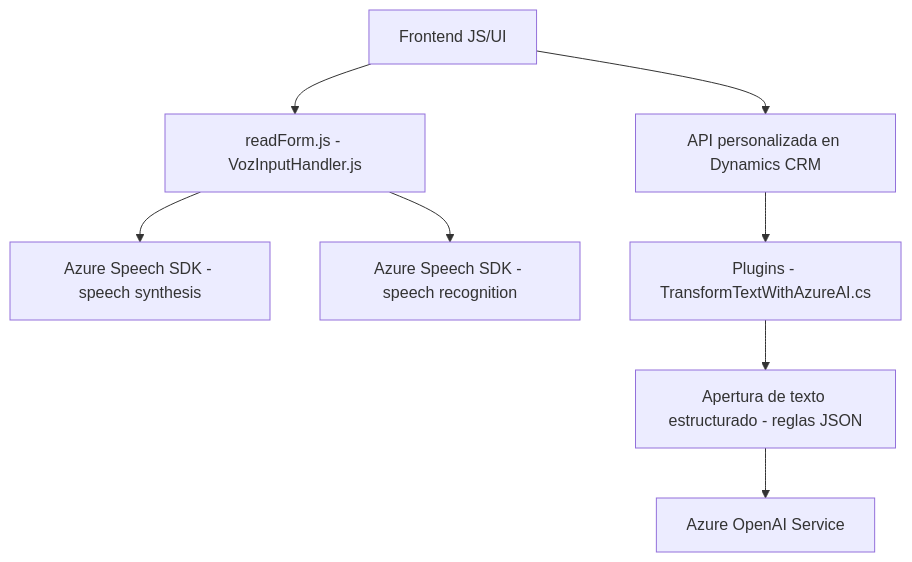
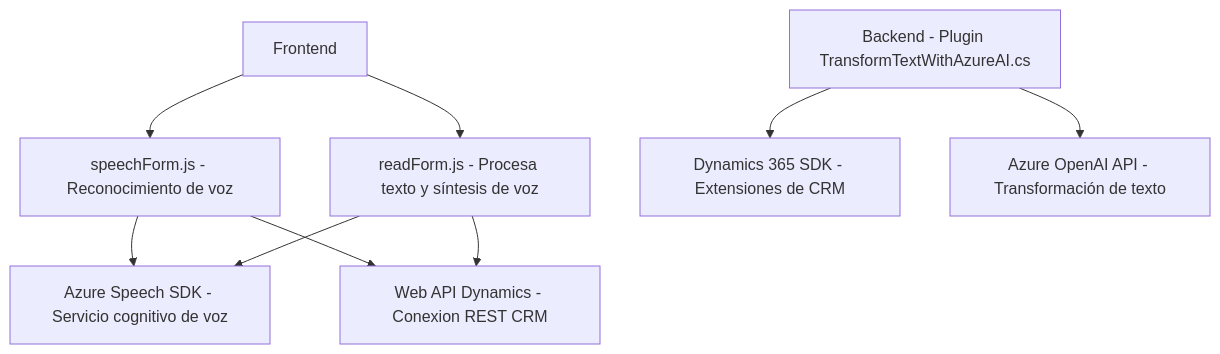
One commit to blopezdm/NETCORE_BILBAO2025 changed the diagram in README.md. Above: the diagram before and after it, drawn with Mermaid. The commit also changed other lines of this file, not shown here.

````diff
--- a/README.md
+++ b/README.md
@@ -35,11 +45,19 @@
 ```mermaid
 graph TD
-    A["Frontend JS/UI"] --> B["readForm.js - VozInputHandler.js"]
-    B --> C["Azure Speech SDK - speech synthesis"]
-    B --> D["Azure Speech SDK - speech recognition"]
-    A --> E["API personalizada en Dynamics CRM"]
-    E --> F["Plugins - TransformTextWithAzureAI.cs"]
-    F --> G["Apertura de texto estructurado - reglas JSON"]
-    G --> H["Azure OpenAI Service"]
-
+    A["Frontend"]
+    B["readForm.js - Procesa texto y síntesis de voz"]
+    C["speechForm.js - Reconocimiento de voz"]
+    D["Azure Speech SDK - Servicio cognitivo de voz"]
+    E["Web API Dynamics - Conexion REST CRM"]
+    F["Backend - Plugin TransformTextWithAzureAI.cs"]
+    G["Dynamics 365 SDK - Extensiones de CRM"]
+    H["Azure OpenAI API - Transformación de texto"]
+    A --> B
+    A --> C
+    C --> D
+    B --> D
+    C --> E
+    B --> E
+    F --> G
+    F --> H
 ```
````
